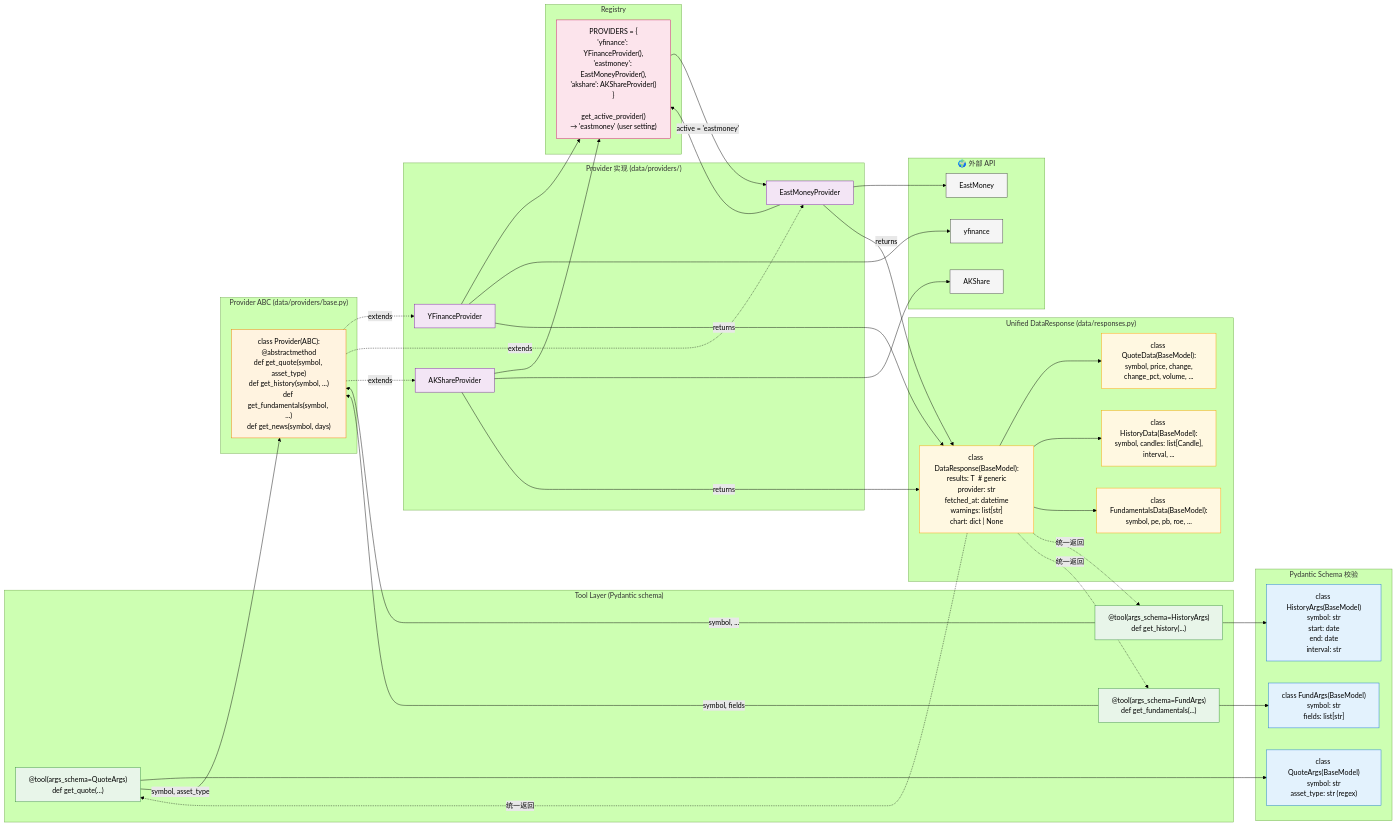
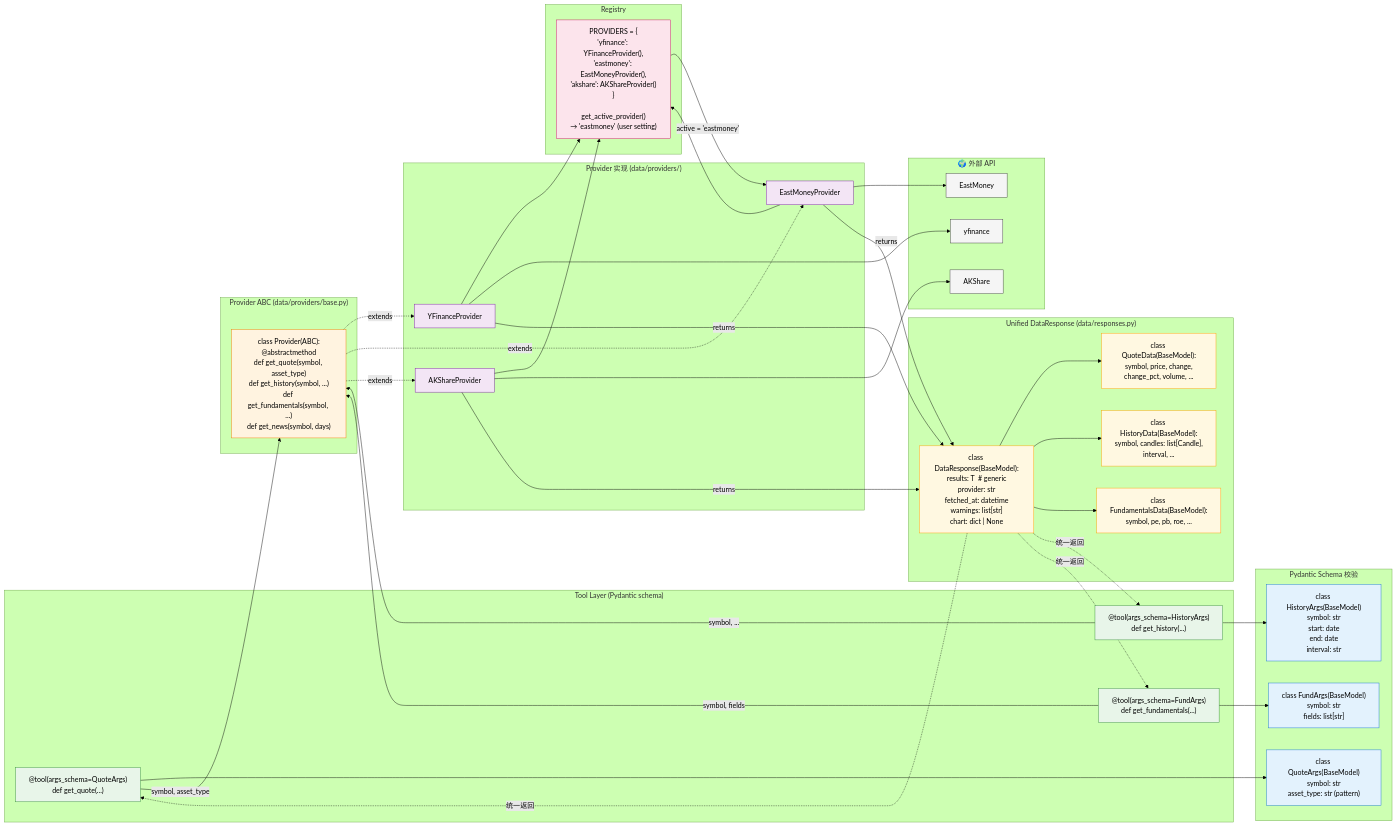
The third of 3 diagrams in docs/superpowers/specs/2026-09-11-finance-general-agent-harness-v2-architecture.md (jasonawe/TradingAgentsPlus), drawn with Mermaid (forest theme) before and after one commit. The commit also changed 3 other files, not shown here.

```diff
--- a/docs/superpowers/specs/2026-09-11-finance-general-agent-harness-v2-architecture.md
+++ b/docs/superpowers/specs/2026-09-11-finance-general-agent-harness-v2-architecture.md
@@ -289,7 +289,7 @@
     end
 
     subgraph SCHEMA["Pydantic Schema 校验"]
-        S1["class QuoteArgs(BaseModel)<br/>symbol: str<br/>asset_type: str (regex)"]
+        S1["class QuoteArgs(BaseModel)<br/>symbol: str<br/>asset_type: str (pattern)"]
         S2["class HistoryArgs(BaseModel)<br/>symbol: str<br/>start: date<br/>end: date<br/>interval: str"]
         S3["class FundArgs(BaseModel)<br/>symbol: str<br/>fields: list[str]"]
     end
```
